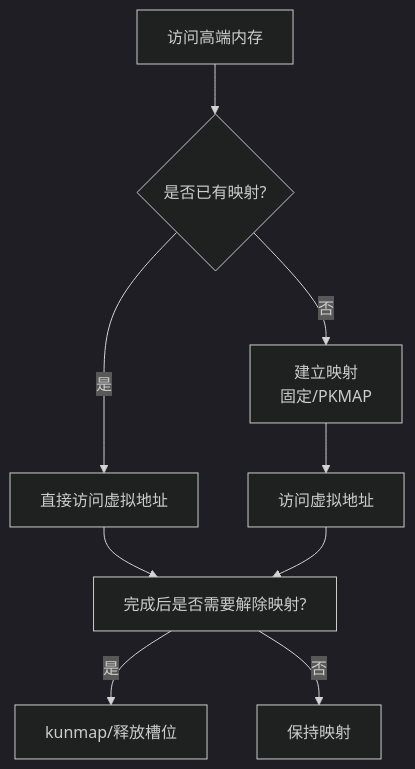
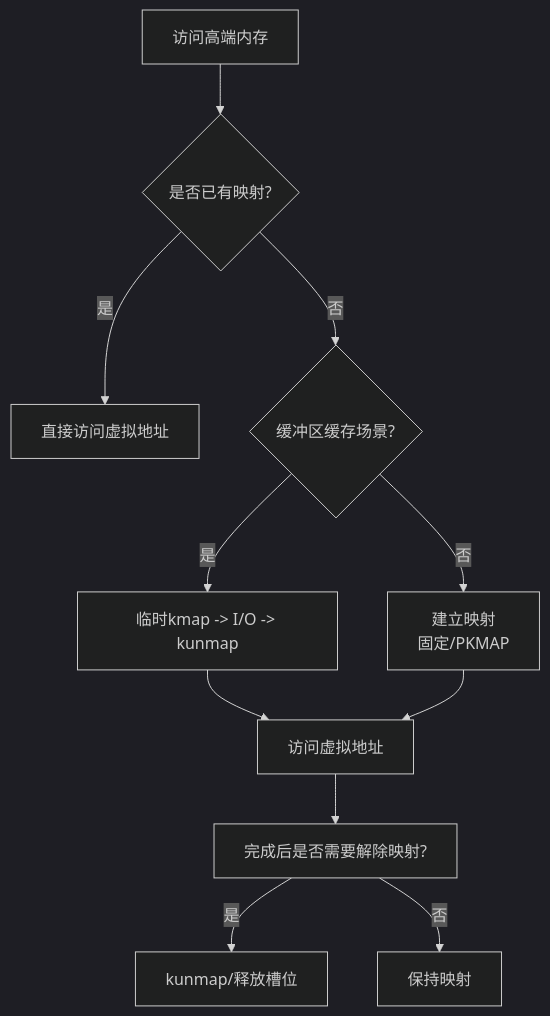
Before and after one commit to skcodestack/LulaOS: the seventh of 9 diagrams in .qoder/repowiki/zh/content/系统架构/内存架构设计/物理内存管理/高端内存支持.md, drawn with Mermaid (dark theme). The commit also changed other lines of this file and 19 other files, not shown here.

````diff
--- a/.qoder/repowiki/zh/content/系统架构/内存架构设计/物理内存管理/高端内存支持.md
+++ b/.qoder/repowiki/zh/content/系统架构/内存架构设计/物理内存管理/高端内存支持.md
@@ -217,11 +284,13 @@
 ```mermaid
 flowchart TD
 A["访问高端内存"] --> B{"是否已有映射?"}
 B --> |是| C["直接访问虚拟地址"]
-B --> |否| D["建立映射<br/>固定/PKMAP"]
-D --> E["访问虚拟地址"]
-C --> F["完成后是否需要解除映射?"]
-E --> F
-F --> |是| G["kunmap/释放槽位"]
-F --> |否| H["保持映射"]
+B --> |否| D{"缓冲区缓存场景?"}
+D --> |是| E["临时kmap -> I/O -> kunmap"]
+D --> |否| F["建立映射<br/>固定/PKMAP"]
+E --> G["访问虚拟地址"]
+F --> G
+G --> H["完成后是否需要解除映射?"]
+H --> |是| I["kunmap/释放槽位"]
+H --> |否| J["保持映射"]
 ```
````
